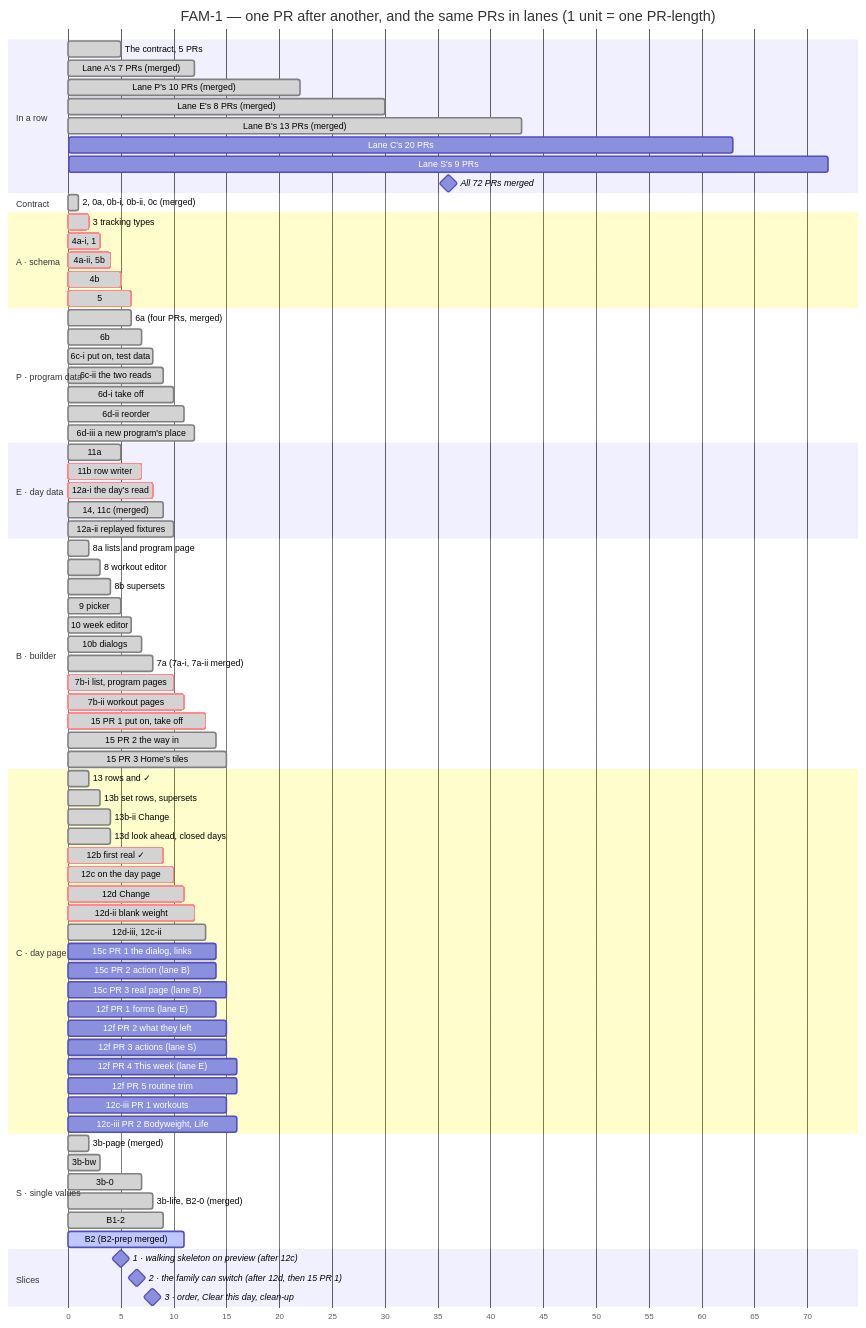
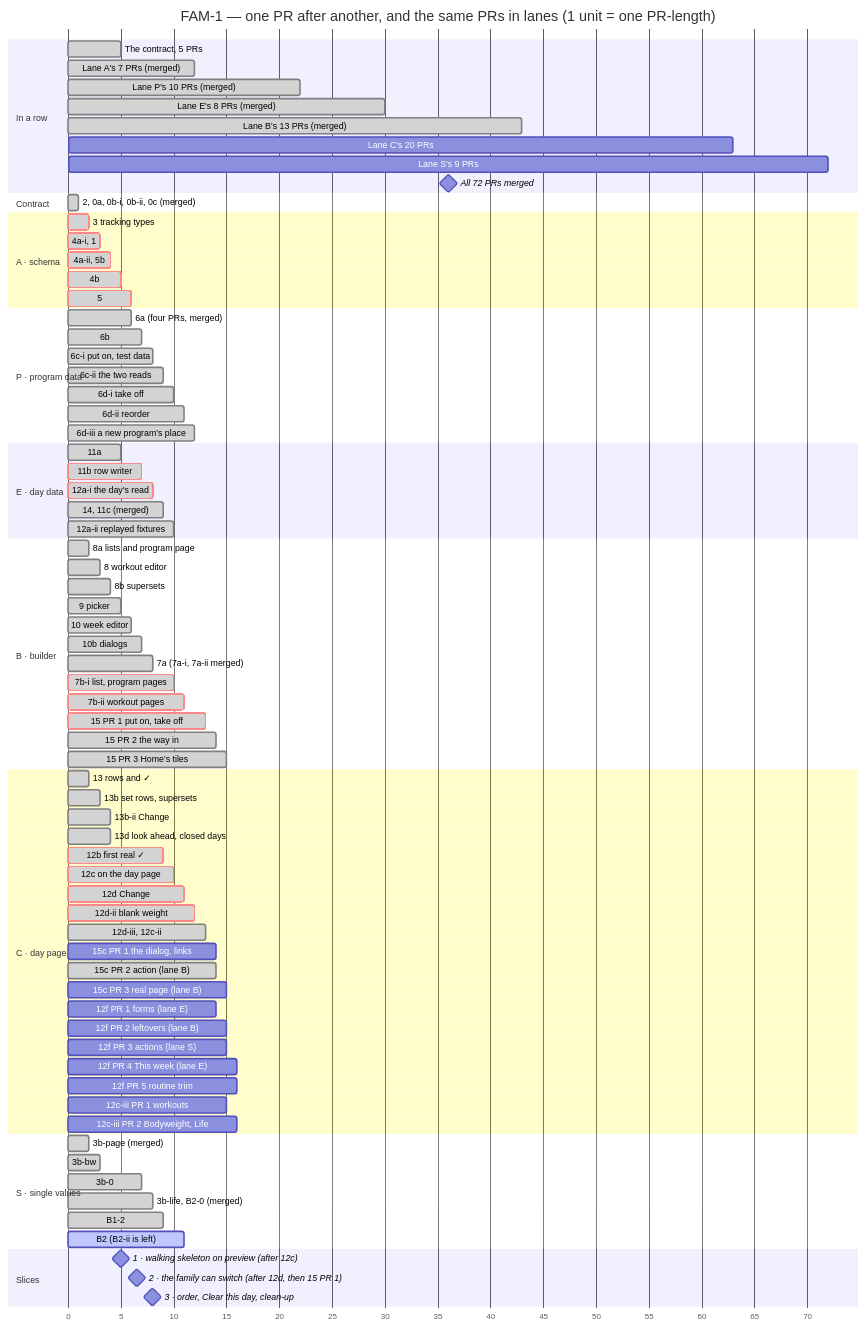
The second of 2 diagrams in docs/milestones/fam-1-family-program.md (ralamode/mat-plan), drawn with Mermaid before and after one commit. The commit also changed other lines of this file and 2 other files, not shown here.

First line of the commit message:
docs(fam-1): 62 of 72 after two more merges; lane B builds 12f PR 2 (#739)

```diff
--- a/docs/milestones/fam-1-family-program.md
+++ b/docs/milestones/fam-1-family-program.md
@@ -325,10 +325,10 @@
   12d-ii blank weight          :crit, done, c6b, 11, 12
   12d-iii, 12c-ii              :done, c6c, 12, 13
   15c PR 1 the dialog, links   :c7a, 13, 14
-  15c PR 2 action (lane B)     :c7b, 13, 14
+  15c PR 2 action (lane B)     :done, c7b, 13, 14
   15c PR 3 real page (lane B)  :c7c, 14, 15
   12f PR 1 forms (lane E)      :c9a, 13, 14
-  12f PR 2 what they left      :c9b, 14, 15
+  12f PR 2 leftovers (lane B)  :c9b, 14, 15
   12f PR 3 actions (lane S)    :c9c, 14, 15
   12f PR 4 This week (lane E)  :c9d, 15, 16
   12f PR 5 routine trim        :c9e, 15, 16
@@ -341,7 +341,7 @@
   3b-0                         :done, s3, 6, 7
   3b-life, B2-0 (merged)       :done, s4, 7, 8
   B1-2                         :done, s5, 8, 9
-  B2 (B2-prep merged)          :active, s6, 10, 11
+  B2 (B2-ii is left)           :active, s6, 10, 11
 
   section Slices
   1 · walking skeleton on preview (after 12c) :milestone, m1, 10, 10
```
